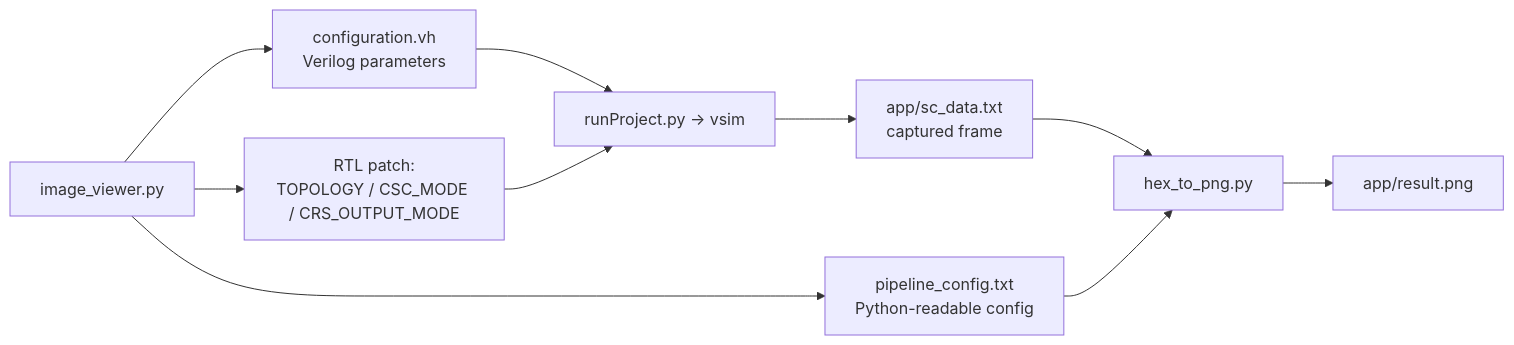
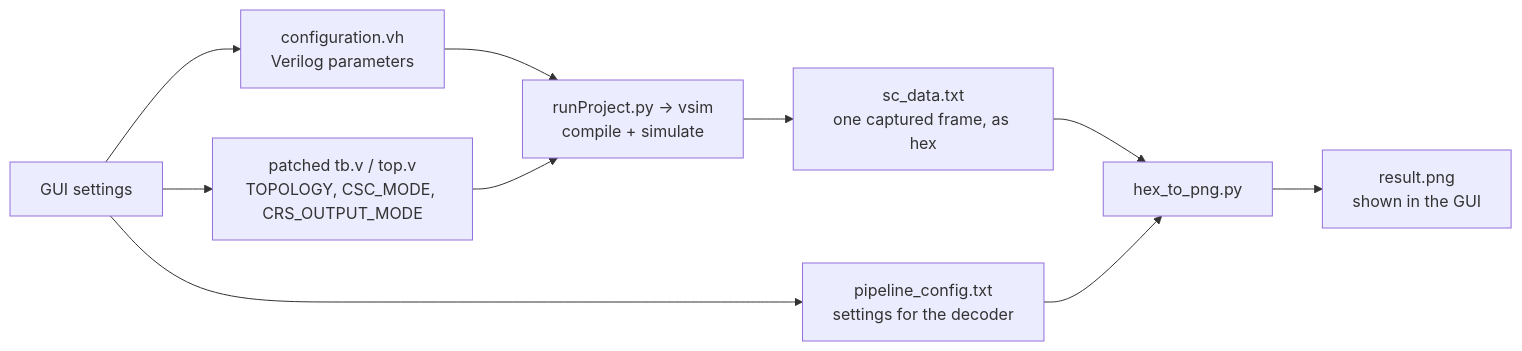
The first of 2 diagrams in README.md (10xEngineersTech/altera_video_pipeline), drawn with Mermaid before and after one commit. The commit also changed other lines of this file, not shown here.

````diff
--- a/README.md
+++ b/README.md
@@ -80,12 +82,12 @@
 ```mermaid
-graph LR
-    GUI[image_viewer.py] --> VH[configuration.vh<br/>Verilog parameters]
-    GUI --> CFG[pipeline_config.txt<br/>Python-readable config]
-    GUI --> PATCH["RTL patch:<br/>TOPOLOGY / CSC_MODE / CRS_OUTPUT_MODE"]
-    VH --> SIM
+flowchart LR
+    GUI["GUI settings"] --> VH["configuration.vh<br/>Verilog parameters"]
+    GUI --> PATCH["patched tb.v / top.v<br/>TOPOLOGY, CSC_MODE, CRS_OUTPUT_MODE"]
+    GUI --> CFG["pipeline_config.txt<br/>settings for the decoder"]
+    VH --> SIM["runProject.py → vsim<br/>compile + simulate"]
     PATCH --> SIM
-    SIM[runProject.py → vsim] --> HEX[app/sc_data.txt<br/>captured frame]
-    HEX --> PNG[hex_to_png.py]
+    SIM --> HEX["sc_data.txt<br/>one captured frame, as hex"]
+    HEX --> PNG["hex_to_png.py"]
     CFG --> PNG
-    PNG --> OUT[app/result.png]
+    PNG --> OUT["result.png<br/>shown in the GUI"]
 ```
````
